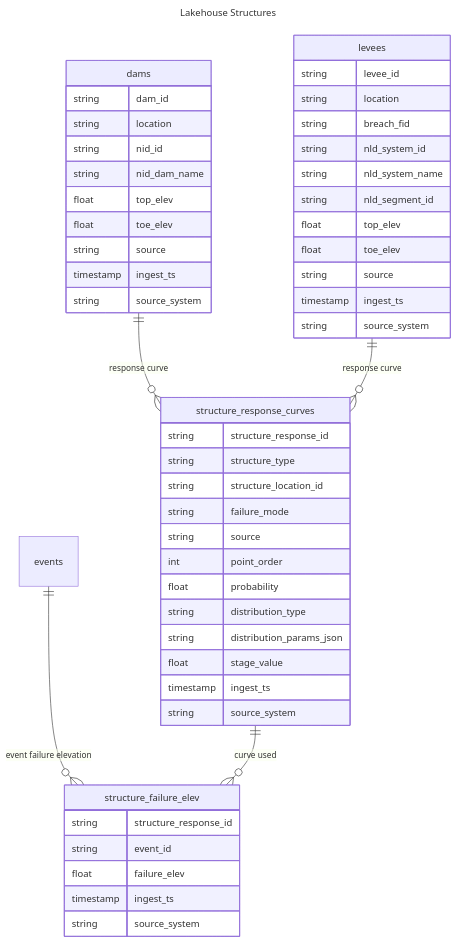
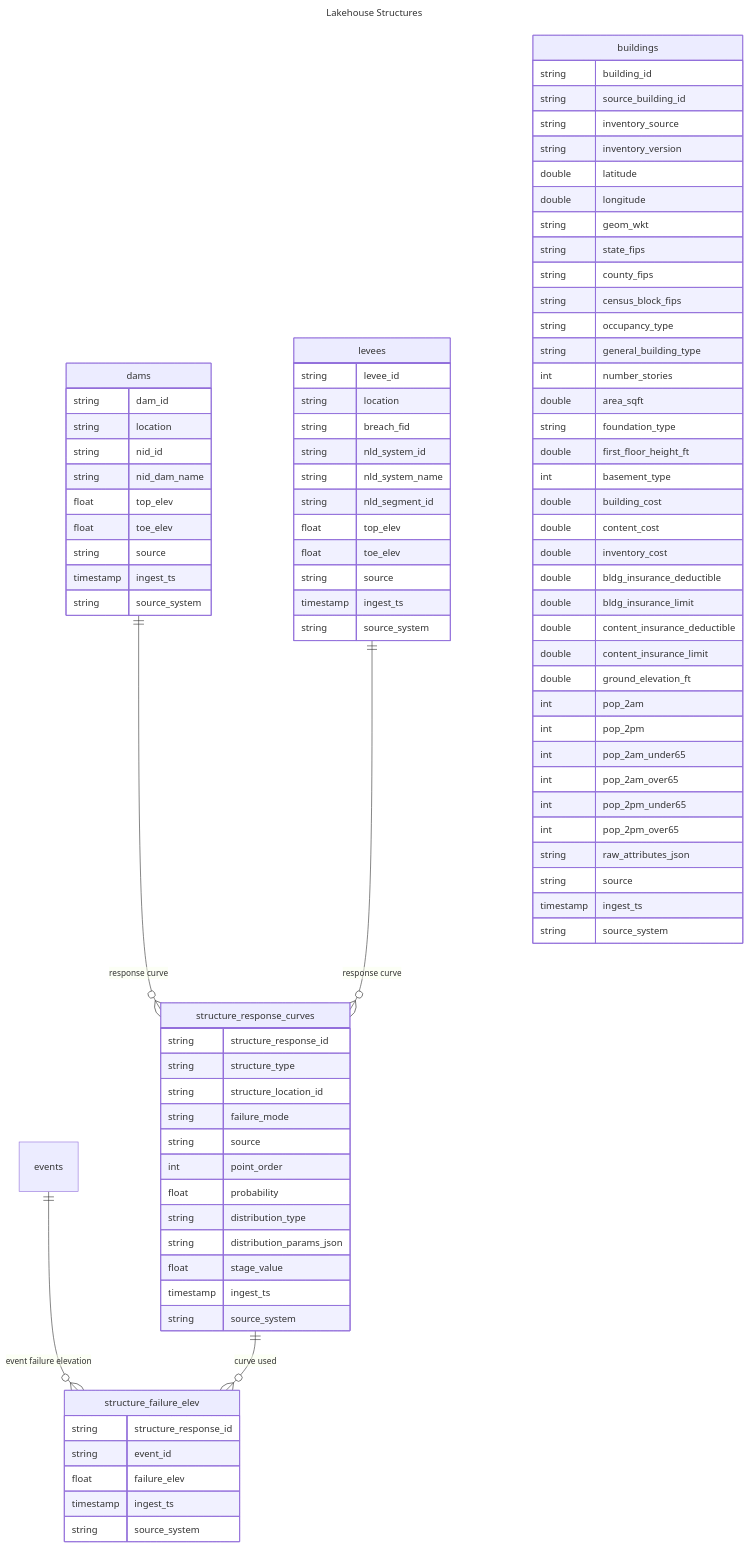
One commit to fema-ffrd/ffrd-data-model changed the diagram in lakehouse/structures.mmd. Above: the diagram before and after it, drawn with Mermaid. The commit also changed 3 other files, not shown here.

Commit message:
added a buildings schema designed around NSI/Milliman attributes

```diff
--- a/lakehouse/structures.mmd
+++ b/lakehouse/structures.mmd
@@ -1,68 +1,109 @@
 ---
 title: Lakehouse Structures
 ---
 
 erDiagram
     %% Logical identifiers (not enforced by Iceberg):
     %% dams.dam_id, levees.levee_id, structure_response_curves.structure_response_id, events.event_id
+    %% buildings.building_id
     %% Join intent:
     %% - structure_response_curves rows are point-level probability-stage records
     %% - xvalues -> probability; ydistributions -> distribution_type/distribution_params_json/stage_value
     %% - structure_failure_elev(structure_response_id, event_id)
+    %% - buildings.building_id is referenced by model_elements.structure_id (see models.mmd)
+    %% - model_elements.structure_type = 'building' disambiguates the polymorphic FK
 
     dams ||--o{ structure_response_curves : "response curve"
     levees ||--o{ structure_response_curves : "response curve"
     events ||--o{ structure_failure_elev : "event failure elevation"
     structure_response_curves ||--o{ structure_failure_elev : "curve used"
 
     events {
     }
 
     dams {
         string dam_id
         string location
         string nid_id
         string nid_dam_name
         float top_elev
         float toe_elev
         string source
         timestamp ingest_ts
         string source_system
     }
 
     levees {
         string levee_id
         string location
         string breach_fid
         string nld_system_id
         string nld_system_name
         string nld_segment_id
         float top_elev
         float toe_elev
         string source
         timestamp ingest_ts
         string source_system
     }
 
     structure_response_curves {
         string structure_response_id
         string structure_type
         string structure_location_id
         string failure_mode
         string source
         int point_order
         float probability
         string distribution_type
         string distribution_params_json
         float stage_value
         timestamp ingest_ts
         string source_system
     }
 
     structure_failure_elev {
         string structure_response_id
         string event_id
         float failure_elev
         timestamp ingest_ts
         string source_system
     }
+
+    buildings {
+        string building_id
+        string source_building_id
+        string inventory_source
+        string inventory_version
+        double latitude
+        double longitude
+        string geom_wkt
+        string state_fips
+        string county_fips
+        string census_block_fips
+        string occupancy_type
+        string general_building_type
+        int number_stories
+        double area_sqft
+        string foundation_type
+        double first_floor_height_ft
+        int basement_type
+        double building_cost
+        double content_cost
+        double inventory_cost
+        double bldg_insurance_deductible
+        double bldg_insurance_limit
+        double content_insurance_deductible
+        double content_insurance_limit
+        double ground_elevation_ft
+        int pop_2am
+        int pop_2pm
+        int pop_2am_under65
+        int pop_2am_over65
+        int pop_2pm_under65
+        int pop_2pm_over65
+        string raw_attributes_json
+        string source
+        timestamp ingest_ts
+        string source_system
+    }
```
